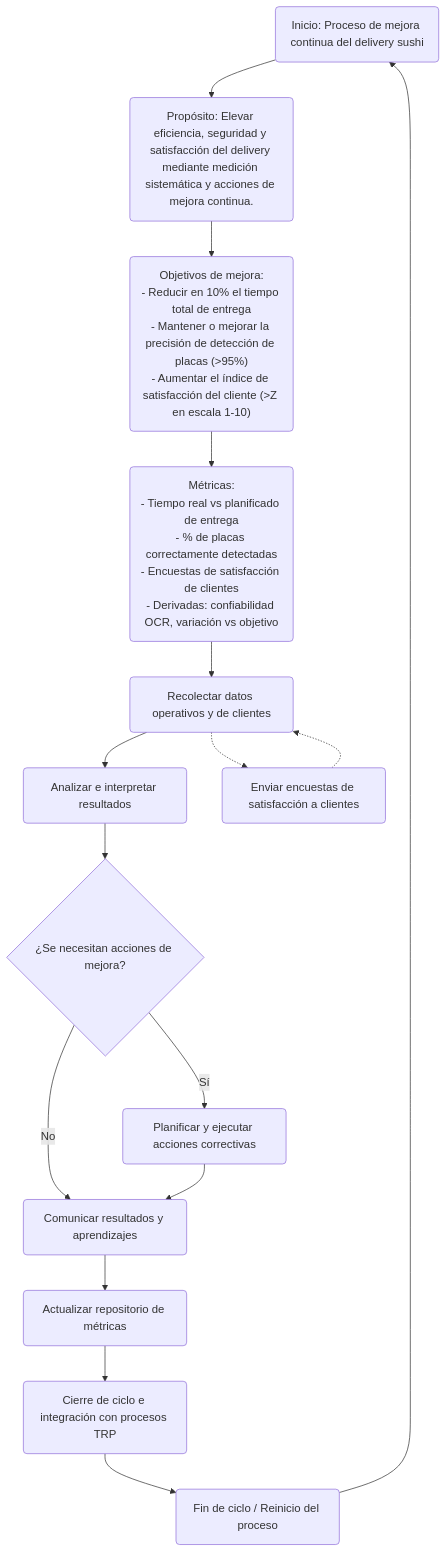
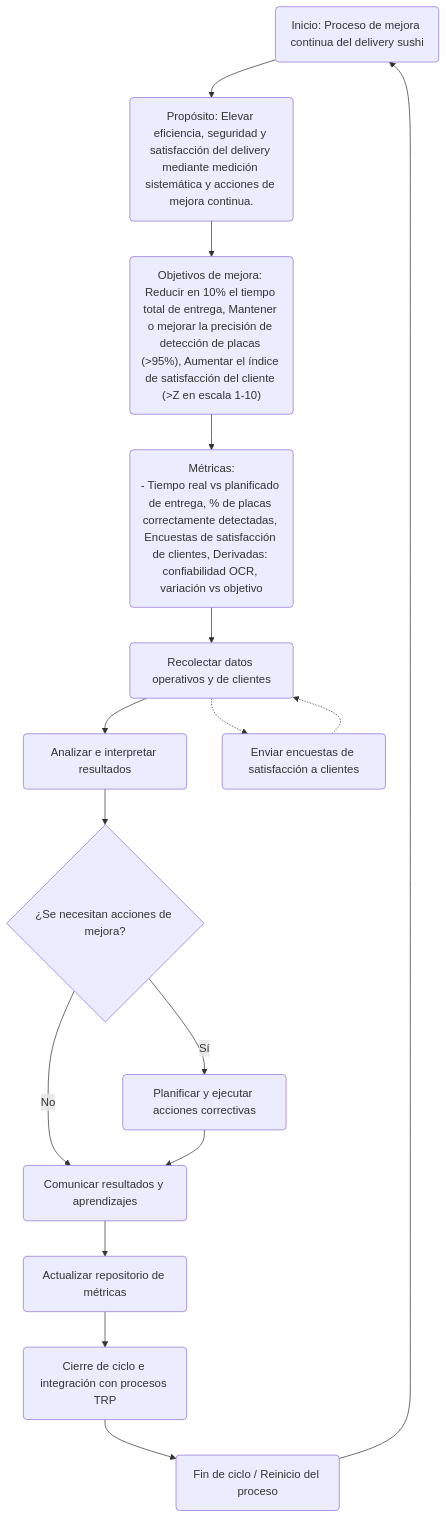
Before and after one commit to titoruizh/Sushi: the diagram in README.md, drawn with Mermaid.

````diff
--- a/README.md
+++ b/README.md
@@ -3,33 +3,33 @@
 ```mermaid
 flowchart TD
     A("Inicio: Proceso de mejora continua del delivery sushi")
     B("Propósito: Elevar eficiencia, seguridad y satisfacción del delivery mediante medición sistemática y acciones de mejora continua.")
-    C("Objetivos de mejora:\n- Reducir en 10% el tiempo total de entrega\n- Mantener o mejorar la precisión de detección de placas (>95%)\n- Aumentar el índice de satisfacción del cliente (>Z en escala 1-10)")
-    D("Métricas:\n- Tiempo real vs planificado de entrega\n- % de placas correctamente detectadas\n- Encuestas de satisfacción de clientes\n- Derivadas: confiabilidad OCR, variación vs objetivo")
+    C("Objetivos de mejora: Reducir en 10% el tiempo total de entrega, Mantener o mejorar la precisión de detección de placas (>95%), Aumentar el índice de satisfacción del cliente (>Z en escala 1-10)")
+    D("Métricas:\n- Tiempo real vs planificado de entrega, % de placas correctamente detectadas, Encuestas de satisfacción de clientes, Derivadas: confiabilidad OCR, variación vs objetivo")
     E("Recolectar datos operativos y de clientes")
     F("Analizar e interpretar resultados")
     G{"¿Se necesitan acciones de mejora?"}
     H("Planificar y ejecutar acciones correctivas")
     I("Comunicar resultados y aprendizajes")
     J("Actualizar repositorio de métricas")
     K("Cierre de ciclo e integración con procesos TRP")
     L("Fin de ciclo / Reinicio del proceso")
 
     A --> B
     B --> C
     C --> D
     D --> E
     E --> F
     F --> G
     G -- Sí --> H
     G -- No --> I
     H --> I
     I --> J
     J --> K
     K --> L
     L --> A
 
     %% Flujo externo (cliente)
     E -.-> M("Enviar encuestas de satisfacción a clientes")
     M -.-> E
 ```
````
